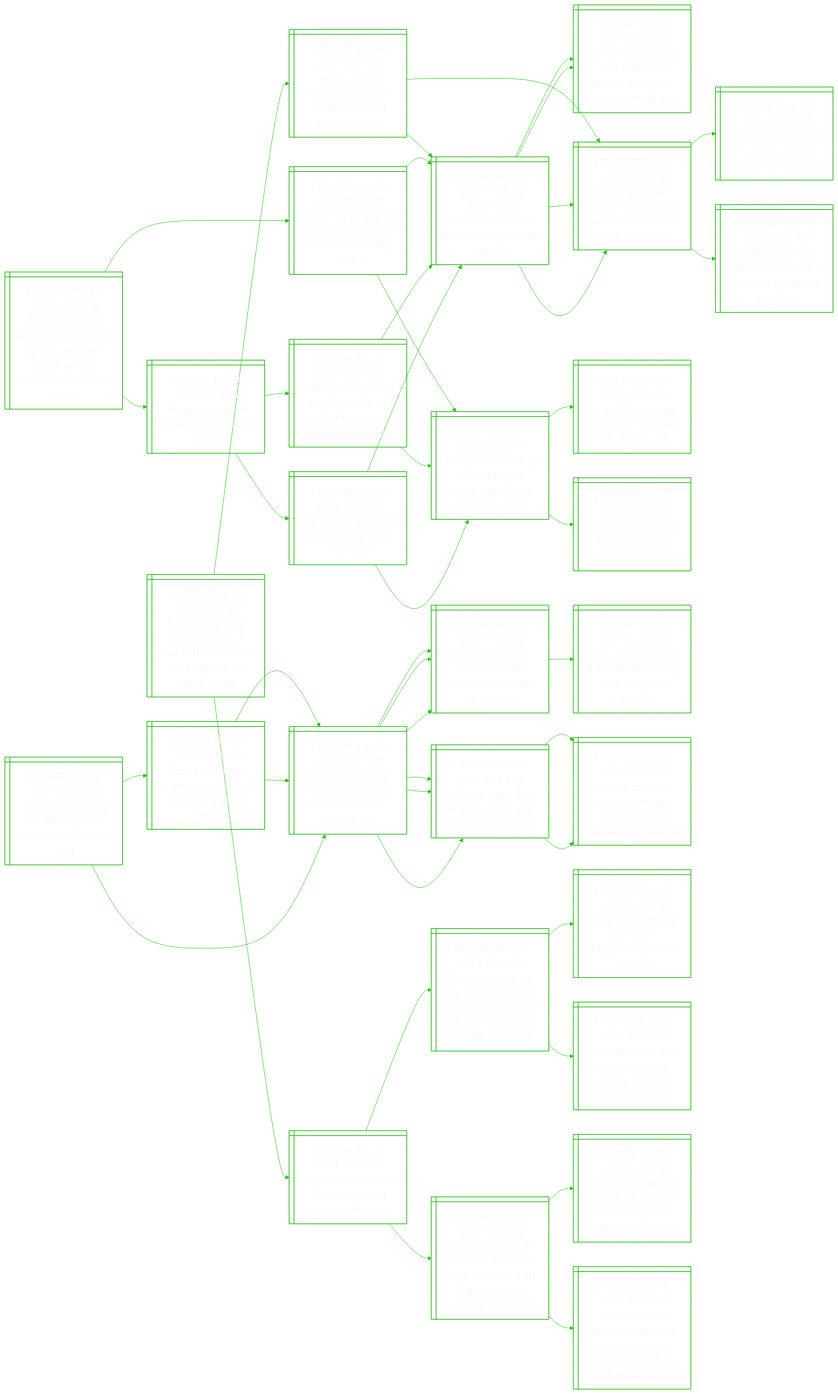
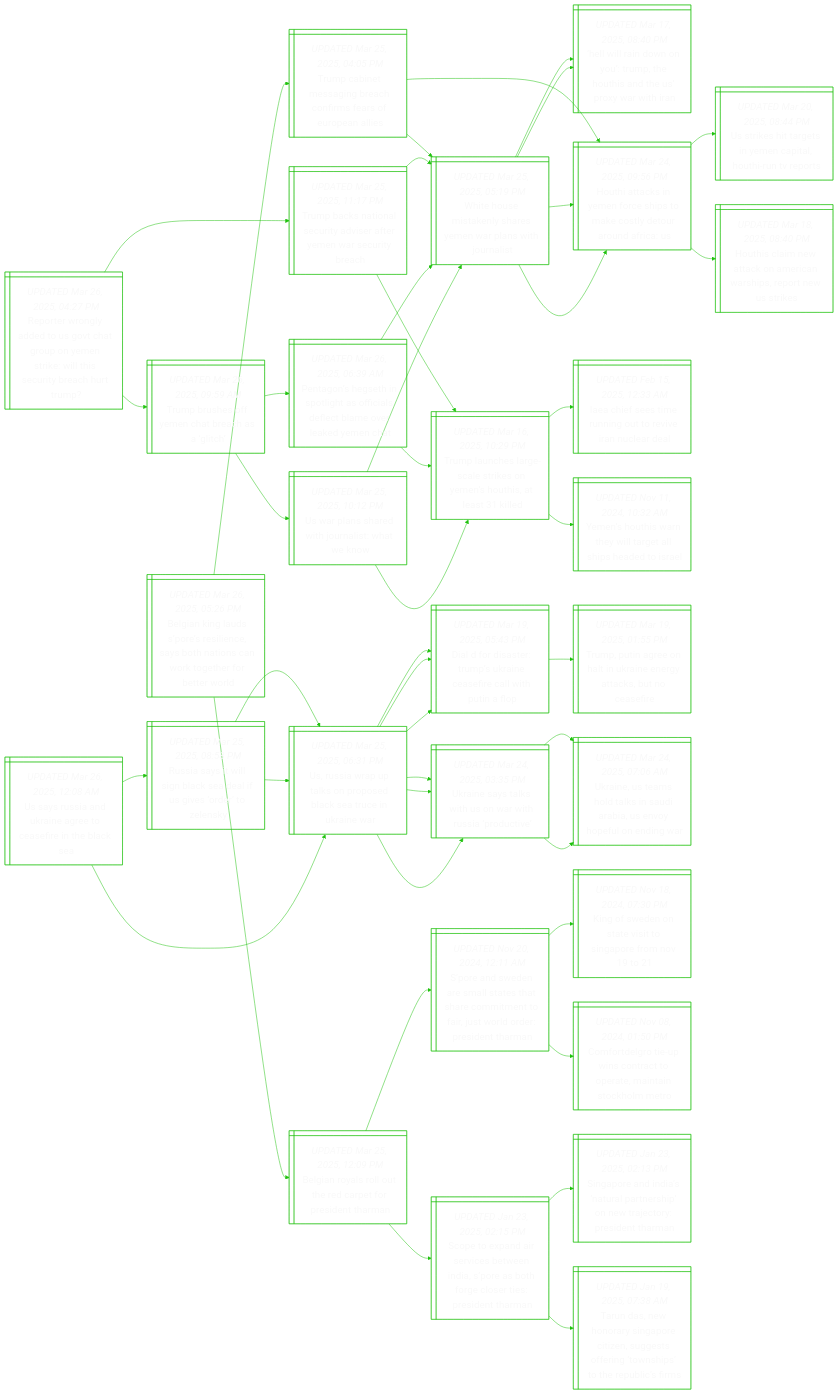
The diagram in README.md (notJmes/notJmes), drawn with Mermaid before and after one commit. The commit also changed other lines of this file, not shown here.

```diff
--- a/README.md
+++ b/README.md
@@ -16,7 +16,7 @@
 flowchart LR
 classDef txtsize font-size:20px;
 
-RtoatoauetWhcyctp@{ shape: win-pane, label: "_UPDATED Mar 26, 2025, 12:42 PM_
+RtoatoauetWhcyctp@{ shape: win-pane, label: "_UPDATED Mar 26, 2025, 04:27 PM_
 Reporter wrongly added to us govt chat group on yemen strike: will this security breach hurt trump?" }
 TbeYcrai@{ shape: win-pane, label: "_UPDATED Mar 26, 2025, 09:59 AM_
 Trump brushes off yemen chat breach as a ‘glitch’" }
@@ -105,7 +105,7 @@
 Usaanolecke:::txtsize --> Dfsrpaeilhnp:::txtsize
 Usaanolecke:::txtsize --> UnssUahidv:::txtsize
 
-Bagseicsnnwoebrd@{ shape: win-pane, label: "_UPDATED Mar 26, 2025, 12:49 AM_
+Bagseicsnnwoebrd@{ shape: win-pane, label: "_UPDATED Mar 26, 2025, 05:26 PM_
 Belgian king lauds s’pore’s resilience, says both nations can work together for better world" }
 BaaltdePdhn@{ shape: win-pane, label: "_UPDATED Mar 25, 2025, 12:09 PM_
 Belgian royals roll out the red carpet for president tharman" }
```
